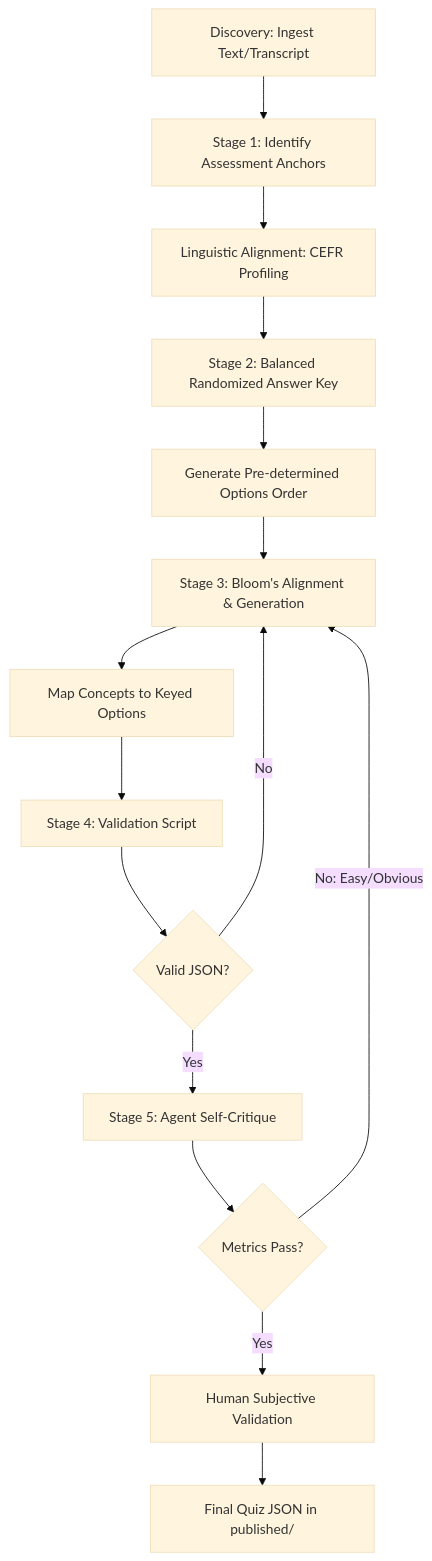
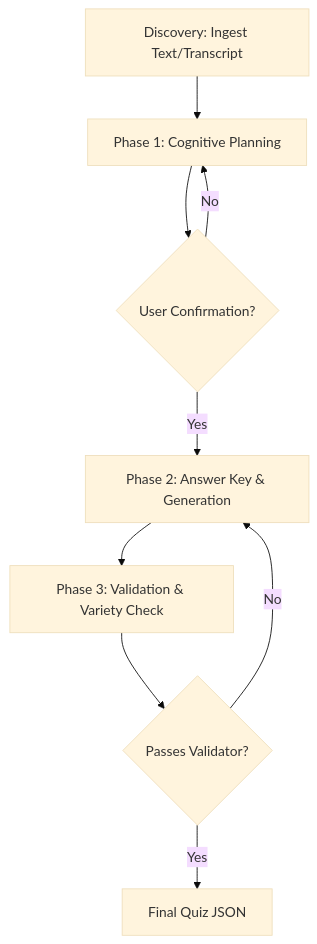
Before and after one commit to elwrush/lesson-plan-agent: the diagram in skills/generating-quizzes/SKILL.md, drawn with Mermaid (base theme). The commit also changed other lines of this file and 168 other files, not shown here.

````diff
--- a/skills/generating-quizzes/SKILL.md
+++ b/skills/generating-quizzes/SKILL.md
@@ -12,17 +12,11 @@
 ```mermaid
 graph TD
-    A[Discovery: Ingest Text/Transcript] --> B[Stage 1: Identify Assessment Anchors]
-    B --> C[Linguistic Alignment: CEFR Profiling]
-    C --> D[Stage 2: Balanced Randomized Answer Key]
-    D --> E[Generate Pre-determined Options Order]
-    E --> F[Stage 3: Bloom's Alignment & Generation]
-    F --> G[Map Concepts to Keyed Options]
-    G --> H[Stage 4: Validation Script]
-    H --> I{Valid JSON?}
-    I -- No --> F
-    I -- Yes --> J[Stage 5: Agent Self-Critique]
-    J --> K{Metrics Pass?}
-    K -- No: Easy/Obvious --> F
-    K -- Yes --> L[Human Subjective Validation]
-    L --> M[Final Quiz JSON in published/]
+    A[Discovery: Ingest Text/Transcript] --> B[Phase 1: Cognitive Planning]
+    B --> C{User Confirmation?}
+    C -- No --> B
+    C -- Yes --> D[Phase 2: Answer Key & Generation]
+    D --> E[Phase 3: Validation & Variety Check]
+    E --> F{Passes Validator?}
+    F -- No --> D
+    F -- Yes --> G[Final Quiz JSON]
 ```
````
